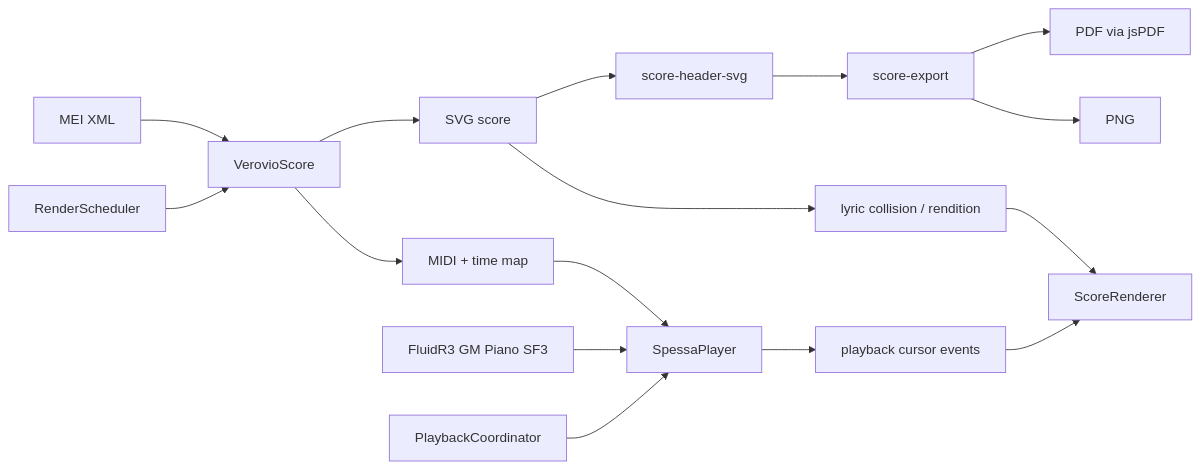
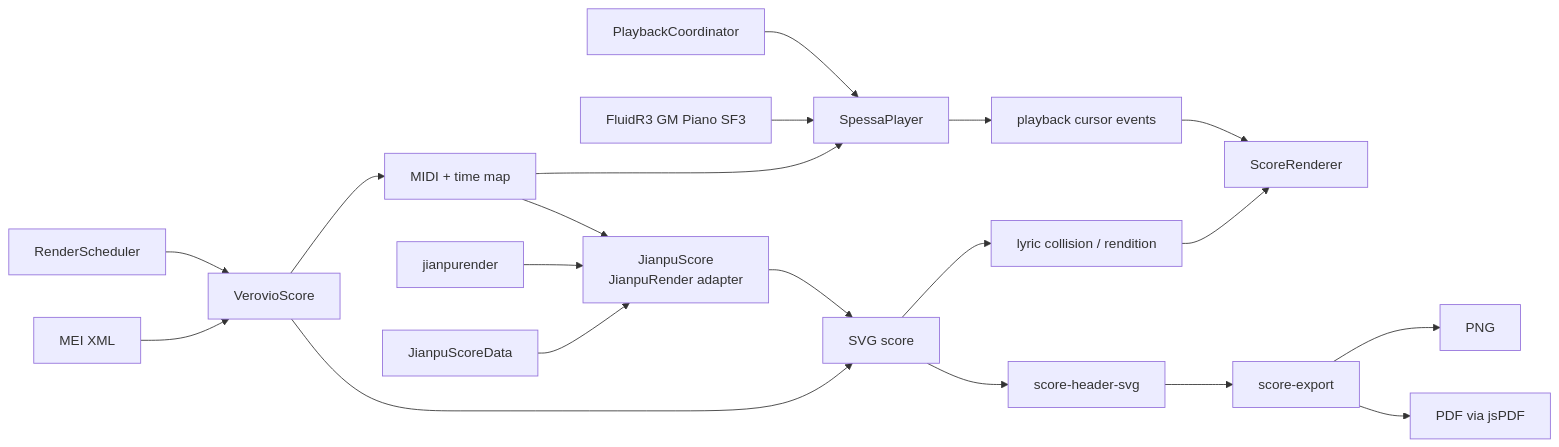
One commit to huazhechen/m3n changed the fourth of 5 diagrams in docs/CODEGRAPH.md. Above: the diagram before and after it, drawn with Mermaid. The commit also changed other lines of this file and 23 other files, not shown here.

First line of the commit message:
feat: render jianpu scores via JianpuRender with staff-parity features

````diff
--- a/docs/CODEGRAPH.md
+++ b/docs/CODEGRAPH.md
@@ -117,18 +121,22 @@
 ```mermaid
 flowchart LR
   mei["MEI XML"] --> verovio["VerovioScore"]
+  jianpuData["JianpuScoreData"] --> jianpu["JianpuScore<br/>JianpuRender adapter"]
+  jianpurender["jianpurender"] --> jianpu
   scheduler["RenderScheduler"] --> verovio
   verovio --> svg["SVG score"]
   verovio --> midi["MIDI + time map"]
+  midi --> jianpu
+  jianpu --> svg
   midi --> player["SpessaPlayer"]
   soundfont["FluidR3 GM Piano SF3"] --> player
   coordinator["PlaybackCoordinator"] --> player
   player --> cursor["playback cursor events"]
   svg --> collisions["lyric collision / rendition"]
   collisions --> screen["ScoreRenderer"]
   cursor --> screen
   svg --> header["score-header-svg"]
   header --> exporter["score-export"]
   exporter --> png["PNG"]
   exporter --> pdf["PDF via jsPDF"]
 ```
````
